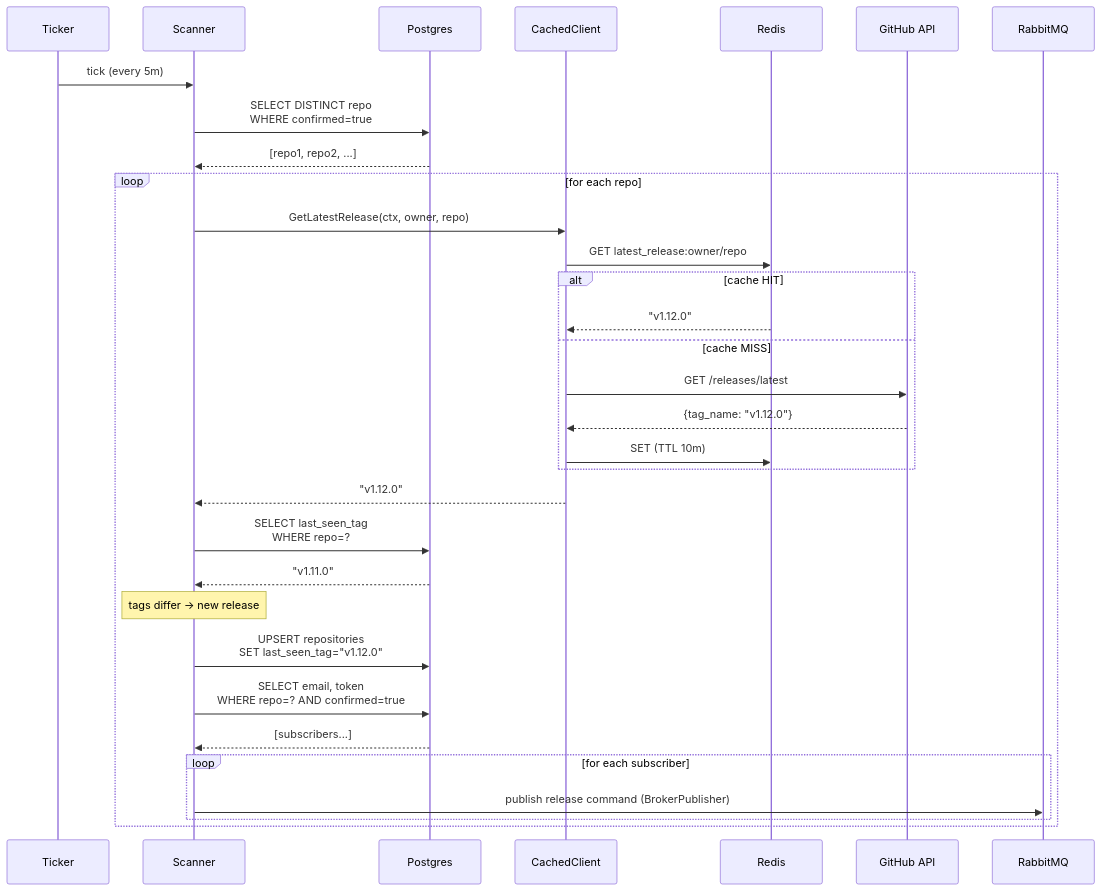
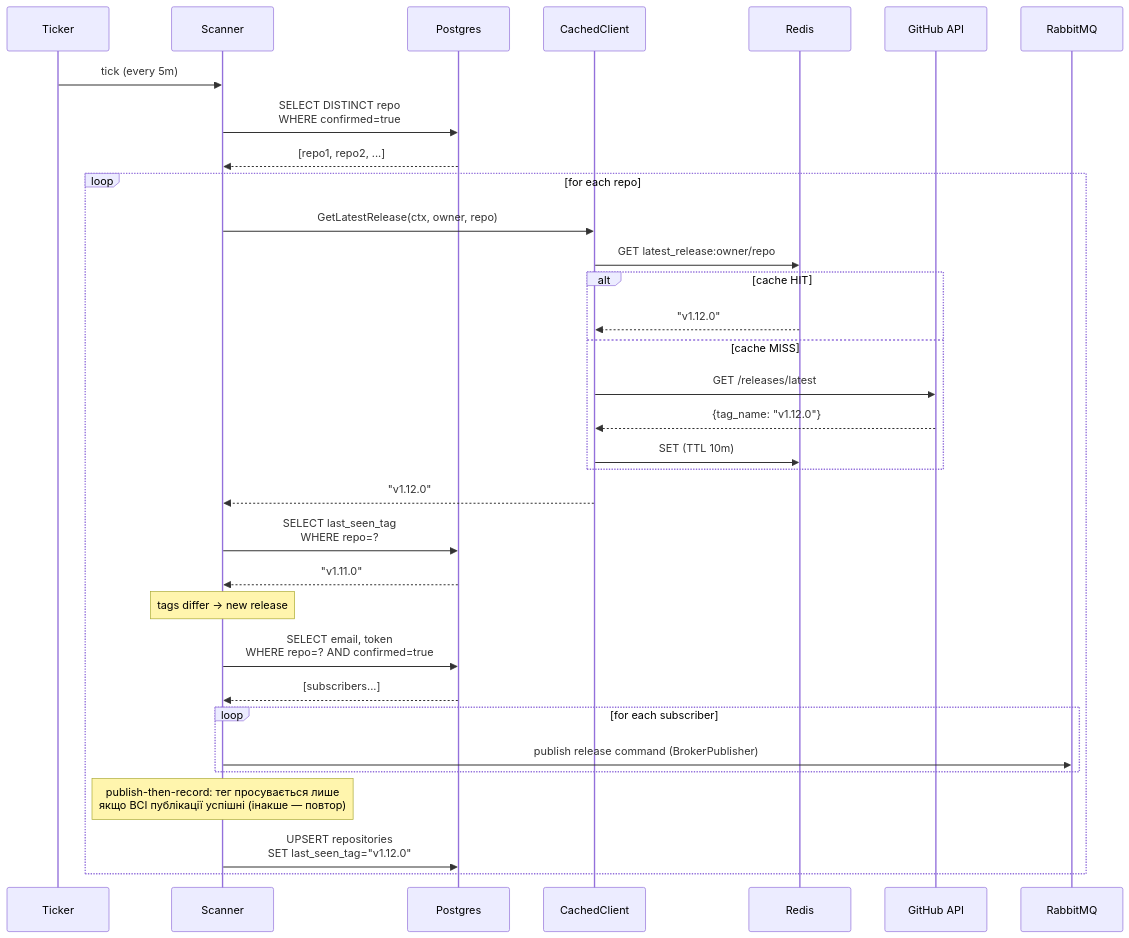
Before and after one commit to GenesisEducationKyiv/software-engineering-school-6-0-Yurii-Levchenko: the seventh of 7 diagrams in system-design/README.md, drawn with Mermaid. The commit also changed other lines of this file and 4 other files, not shown here.

First line of the commit message:
fix: publish release notifications before advancing last_seen_tag

````diff
--- a/system-design/README.md
+++ b/system-design/README.md
@@ -480,35 +489,36 @@
 ```mermaid
 sequenceDiagram
     participant T as Ticker
     participant SC as Scanner
     participant DB as Postgres
     participant C as CachedClient
     participant R as Redis
     participant G as GitHub API
     participant MQ as RabbitMQ
 
     T->>SC: tick (every 5m)
     SC->>DB: SELECT DISTINCT repo<br/>WHERE confirmed=true
     DB-->>SC: [repo1, repo2, ...]
     loop for each repo
         SC->>C: GetLatestRelease(ctx, owner, repo)
         C->>R: GET latest_release:owner/repo
         alt cache HIT
             R-->>C: "v1.12.0"
         else cache MISS
             C->>G: GET /releases/latest
             G-->>C: {tag_name: "v1.12.0"}
             C->>R: SET (TTL 10m)
         end
         C-->>SC: "v1.12.0"
         SC->>DB: SELECT last_seen_tag<br/>WHERE repo=?
         DB-->>SC: "v1.11.0"
         Note over SC: tags differ → new release
-        SC->>DB: UPSERT repositories<br/>SET last_seen_tag="v1.12.0"
         SC->>DB: SELECT email, token<br/>WHERE repo=? AND confirmed=true
         DB-->>SC: [subscribers...]
         loop for each subscriber
             SC->>MQ: publish release command (BrokerPublisher)
         end
+        Note over SC: publish-then-record: тег просувається лише<br/>якщо ВСІ публікації успішні (інакше — повтор)
+        SC->>DB: UPSERT repositories<br/>SET last_seen_tag="v1.12.0"
     end
 ```
````
